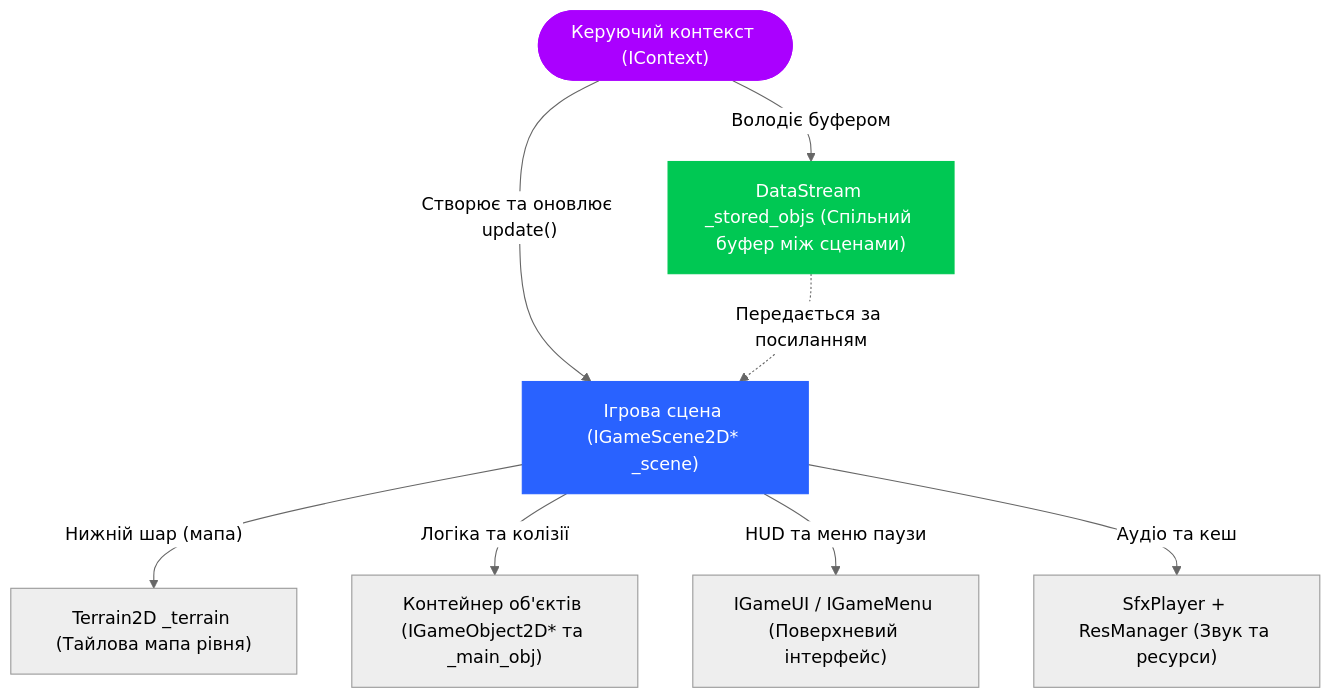
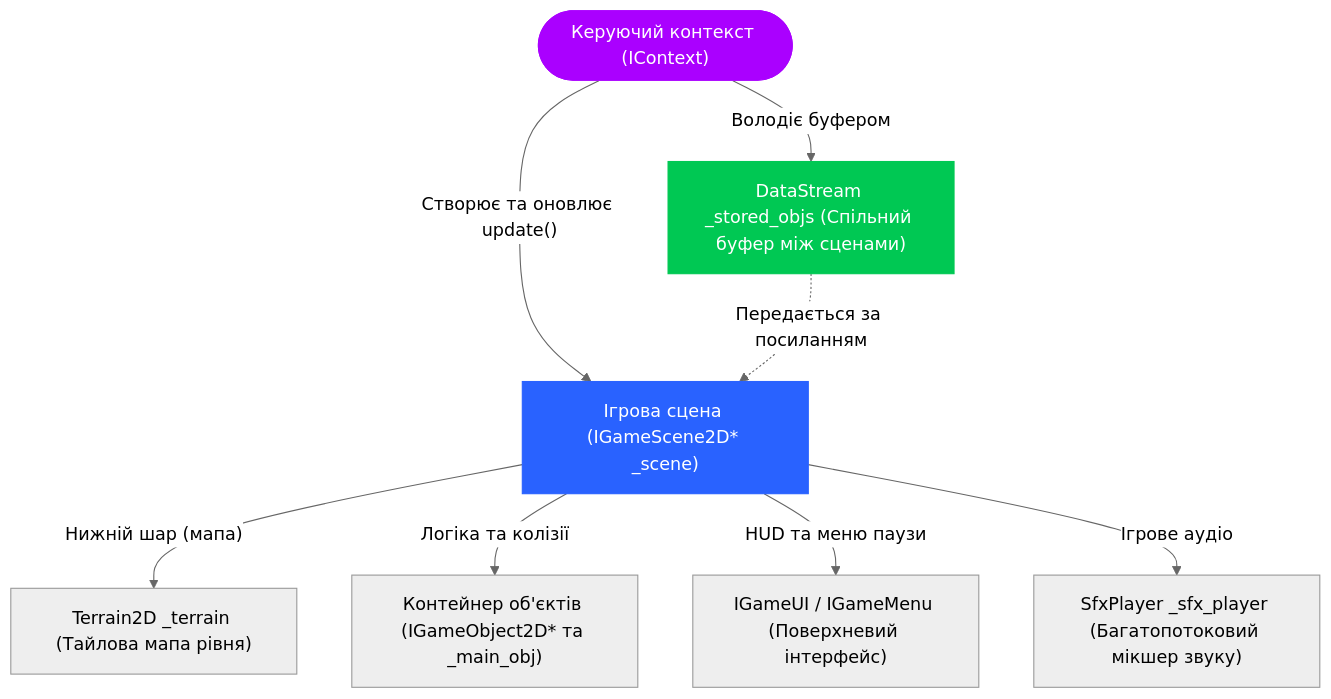
Before and after one commit to Kolodieiev/pixeler: the diagram in docs/source/engine.md, drawn with Mermaid (neutral theme). The commit also changed other lines of this file and 5 other files, not shown here.

````diff
--- a/docs/source/engine.md
+++ b/docs/source/engine.md
@@ -18,29 +18,29 @@
 ```{mermaid}
 :zoom:
 
 flowchart TD
 %% Nodes
 Context(["Керуючий контекст (IContext)"])
 DS["DataStream _stored_objs (Спільний буфер між сценами)"]
 Scene["Ігрова сцена (IGameScene2D* _scene)"]
 
 Terrain["Terrain2D _terrain (Тайлова мапа рівня)"]
 Objects["Контейнер об'єктів (IGameObject2D* та _main_obj)"]
 UI["IGameUI / IGameMenu (Поверхневий інтерфейс)"]
-AudioRes["SfxPlayer + ResManager (Звук та ресурси)"]
+AudioRes["SfxPlayer _sfx_player (Багатопотоковий мікшер звуку)"]
 
 %% Edge connections between nodes
 Context -- "Володіє буфером" --> DS
 Context -- "Створює та оновлює update()" --> Scene
 DS -. "Передається за посиланням" .-> Scene
 
 Scene -- "Нижній шар (мапа)" --> Terrain
 Scene -- "Логіка та колізії" --> Objects
 Scene -- "HUD та меню паузи" --> UI
-Scene -- "Аудіо та кеш" --> AudioRes
+Scene -- "Ігрове аудіо" --> AudioRes
 
 %% Individual node styling
 style Context color:#FFFFFF, fill:#AA00FF, stroke:#AA00FF
 style Scene color:#FFFFFF, fill:#2962FF, stroke:#2962FF
 style DS color:#FFFFFF, fill:#00C853, stroke:#00C853
 ```
````
